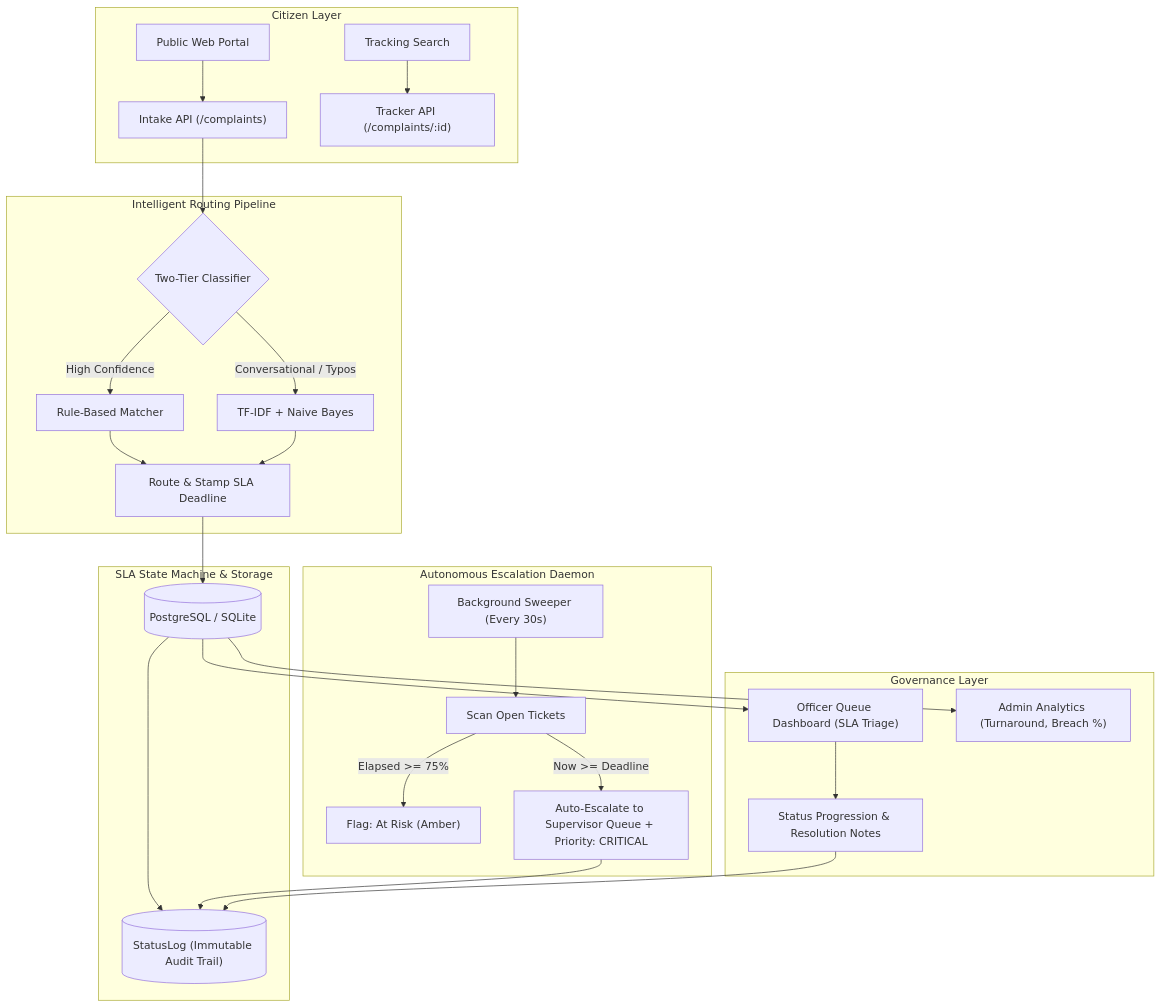
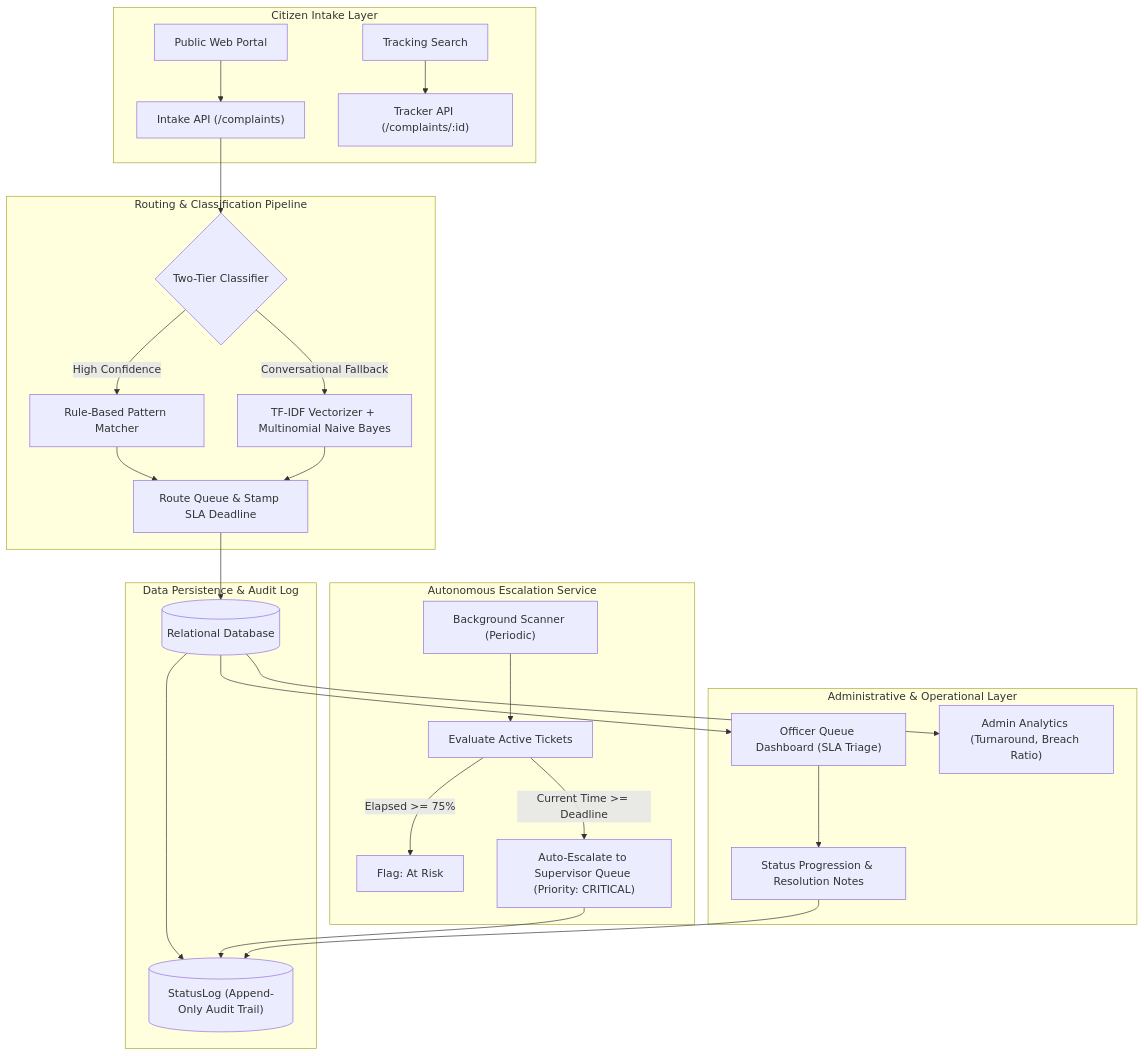
One commit to YashasviJadav03/Grievance_Grid changed the first of 2 diagrams in README.md. Above: the diagram before and after it, drawn with Mermaid. The commit also changed other lines of this file, not shown here.

````diff
--- a/README.md
+++ b/README.md
@@ -19,34 +23,34 @@
 ```mermaid
 flowchart TD
-    subgraph Citizens["Citizen Layer"]
+    subgraph Citizens["Citizen Intake Layer"]
         C1["Public Web Portal"] --> INTAKE["Intake API (/complaints)"]
         C2["Tracking Search"] --> TRACK["Tracker API (/complaints/:id)"]
     end
 
-    subgraph IntakeEngine["Intelligent Routing Pipeline"]
+    subgraph IntakeEngine["Routing & Classification Pipeline"]
         INTAKE --> CLF{"Two-Tier Classifier"}
-        CLF -->|"High Confidence"| RULE["Rule-Based Matcher"]
-        CLF -->|"Conversational / Typos"| TFIDF["TF-IDF + Naive Bayes"]
-        RULE --> STAMP["Route & Stamp SLA Deadline"]
+        CLF -->|"High Confidence"| RULE["Rule-Based Pattern Matcher"]
+        CLF -->|"Conversational Fallback"| TFIDF["TF-IDF Vectorizer + Multinomial Naive Bayes"]
+        RULE --> STAMP["Route Queue & Stamp SLA Deadline"]
         TFIDF --> STAMP
     end
 
-    subgraph CoreEngine["SLA State Machine & Storage"]
-        STAMP --> DB[("PostgreSQL / SQLite")]
-        DB --> AUDIT[("StatusLog (Immutable Audit Trail)")]
+    subgraph CoreEngine["Data Persistence & Audit Log"]
+        STAMP --> DB[("Relational Database")]
+        DB --> AUDIT[("StatusLog (Append-Only Audit Trail)")]
     end
 
-    subgraph BackgroundWorker["Autonomous Escalation Daemon"]
-        CRON["Background Sweeper (Every 30s)"] --> SCAN["Scan Open Tickets"]
-        SCAN -->|"Elapsed >= 75%"| AMBER["Flag: At Risk (Amber)"]
-        SCAN -->|"Now >= Deadline"| ESCALATE["Auto-Escalate to Supervisor Queue + Priority: CRITICAL"]
+    subgraph BackgroundWorker["Autonomous Escalation Service"]
+        CRON["Background Scanner (Periodic)"] --> SCAN["Evaluate Active Tickets"]
+        SCAN -->|"Elapsed >= 75%"| AMBER["Flag: At Risk"]
+        SCAN -->|"Current Time >= Deadline"| ESCALATE["Auto-Escalate to Supervisor Queue (Priority: CRITICAL)"]
         ESCALATE --> AUDIT
     end
 
-    subgraph Operations["Governance Layer"]
+    subgraph Governance["Administrative & Operational Layer"]
         DB --> DASH["Officer Queue Dashboard (SLA Triage)"]
-        DB --> ANALYTICS["Admin Analytics (Turnaround, Breach %)"]
+        DB --> ANALYTICS["Admin Analytics (Turnaround, Breach Ratio)"]
         DASH --> ACTION["Status Progression & Resolution Notes"]
         ACTION --> AUDIT
     end
 ```
````
